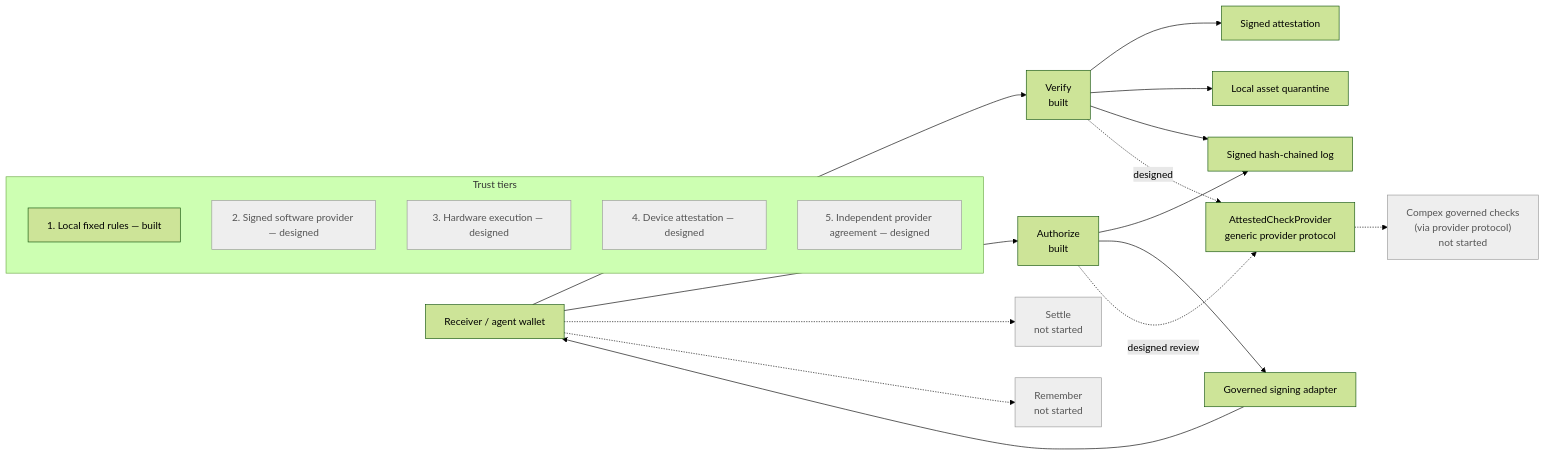
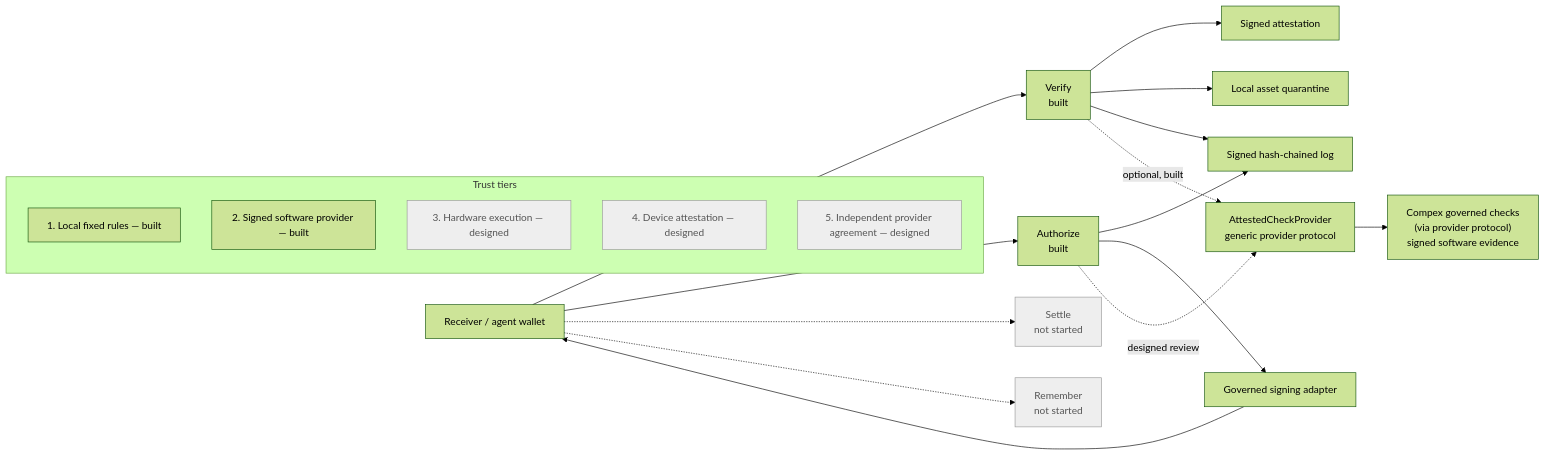
Before and after one commit to AmirMFarhang/Sealwatch: the first of 3 diagrams in README.md, drawn with Mermaid (forest theme). The commit also changed other lines of this file and 1 other file, not shown here.

Commit message:
Document built software provider rescreen and private audit pack workflow

````diff
--- a/README.md
+++ b/README.md
@@ -51,26 +54,26 @@
 ```mermaid
 flowchart LR
     W["Receiver / agent wallet"] --> V["Verify<br/>built"]
     W --> A["Authorize<br/>built"]
     V --> R["Signed attestation"]
     V --> Q["Local asset quarantine"]
     V --> L["Signed hash-chained log"]
     A --> L
     A --> S["Governed signing adapter"]
     S --> W
     W -.-> E["Settle<br/>not started"]
     W -.-> H["Remember<br/>not started"]
-    V -. "designed" .-> I["AttestedCheckProvider<br/>generic provider protocol"]
+    V -. "optional, built" .-> I["AttestedCheckProvider<br/>generic provider protocol"]
     A -. "designed review" .-> I
-    I -.-> P["Compex governed checks<br/>(via provider protocol)<br/>not started"]
+    I --> P["Compex governed checks<br/>(via provider protocol)<br/>signed software evidence"]
     subgraph T["Trust tiers"]
       T1["1. Local fixed rules — built"]
-      T2["2. Signed software provider — designed"]
+      T2["2. Signed software provider — built"]
       T3["3. Hardware execution — designed"]
       T4["4. Device attestation — designed"]
       T5["5. Independent provider agreement — designed"]
     end
     classDef future fill:#eeeeee,color:#555555,stroke:#999999
-    class E,H,P,T2,T3,T4,T5 future
+    class E,H,T3,T4,T5 future
     click P "https://getcompex.com" "Available provider"
 ```
````
